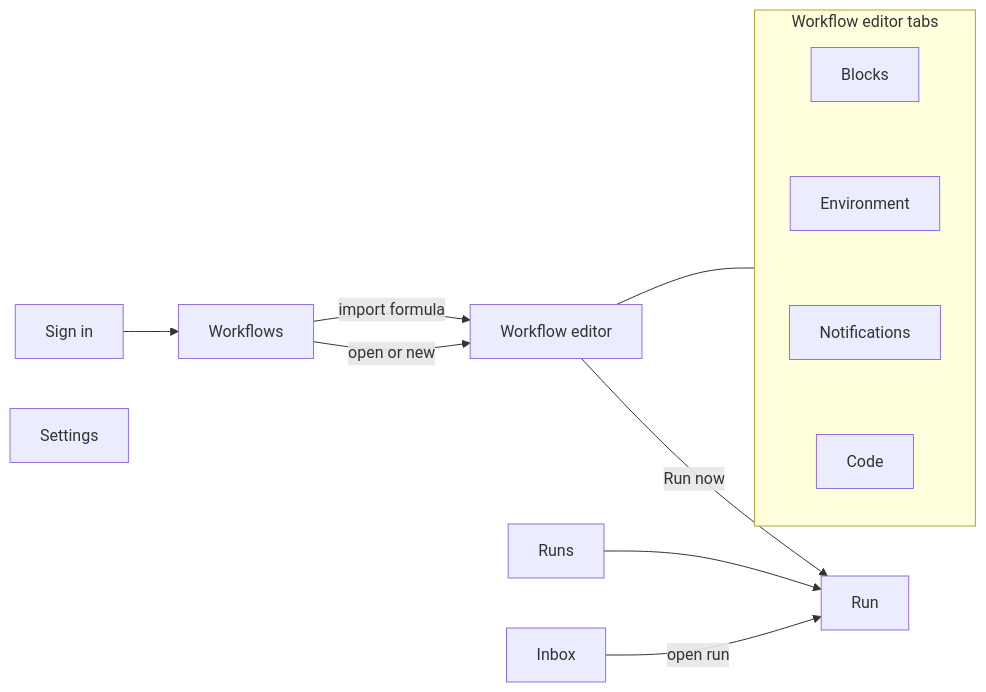
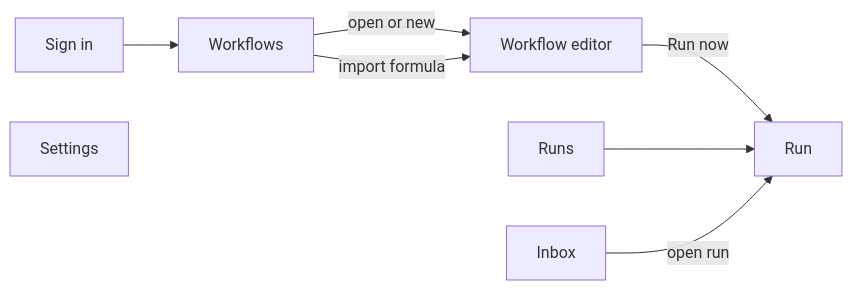
Before and after one commit to murilopereirame/automatic-system: the diagram in docs/UI.md, drawn with Mermaid.

Commit message:
Simplify the page diagram in the UI docs
Claude-Session: https://claude.ai/code/session_011h38MP2bzR7ke3idyDGgEk

````diff
--- a/docs/UI.md
+++ b/docs/UI.md
@@ -9,15 +9,10 @@
 ```mermaid
 flowchart LR
     L[Sign in] --> W[Workflows]
     W -->|open or new| E[Workflow editor]
     W -->|import formula| E
     E -->|Run now| R[Run]
     RS[Runs] --> R
     I[Inbox] -->|open run| R
     S[Settings]
-
-    subgraph E2[Workflow editor tabs]
-        B[Blocks] ~~~ EN[Environment] ~~~ N[Notifications] ~~~ C[Code]
-    end
-    E --- E2
 ```
````
